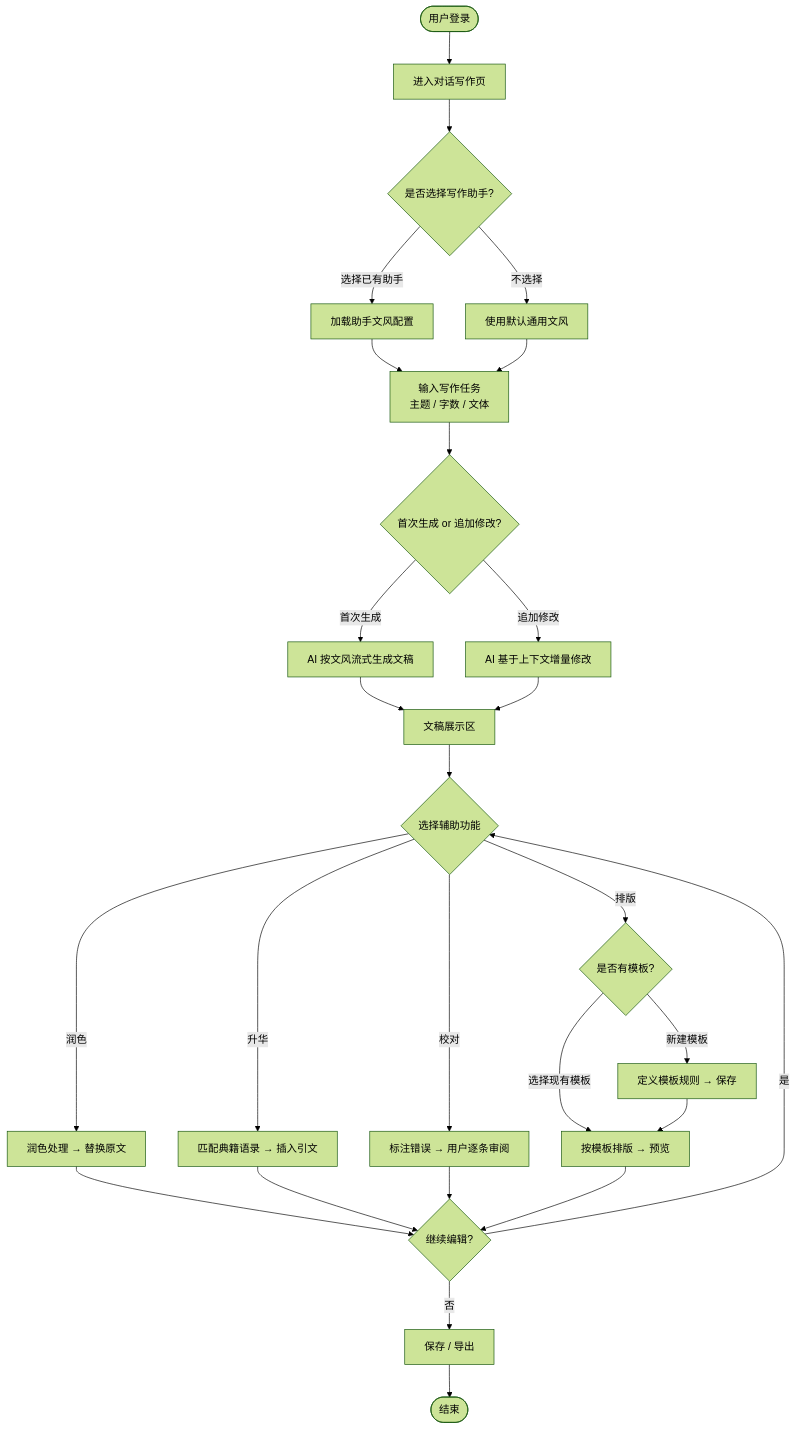
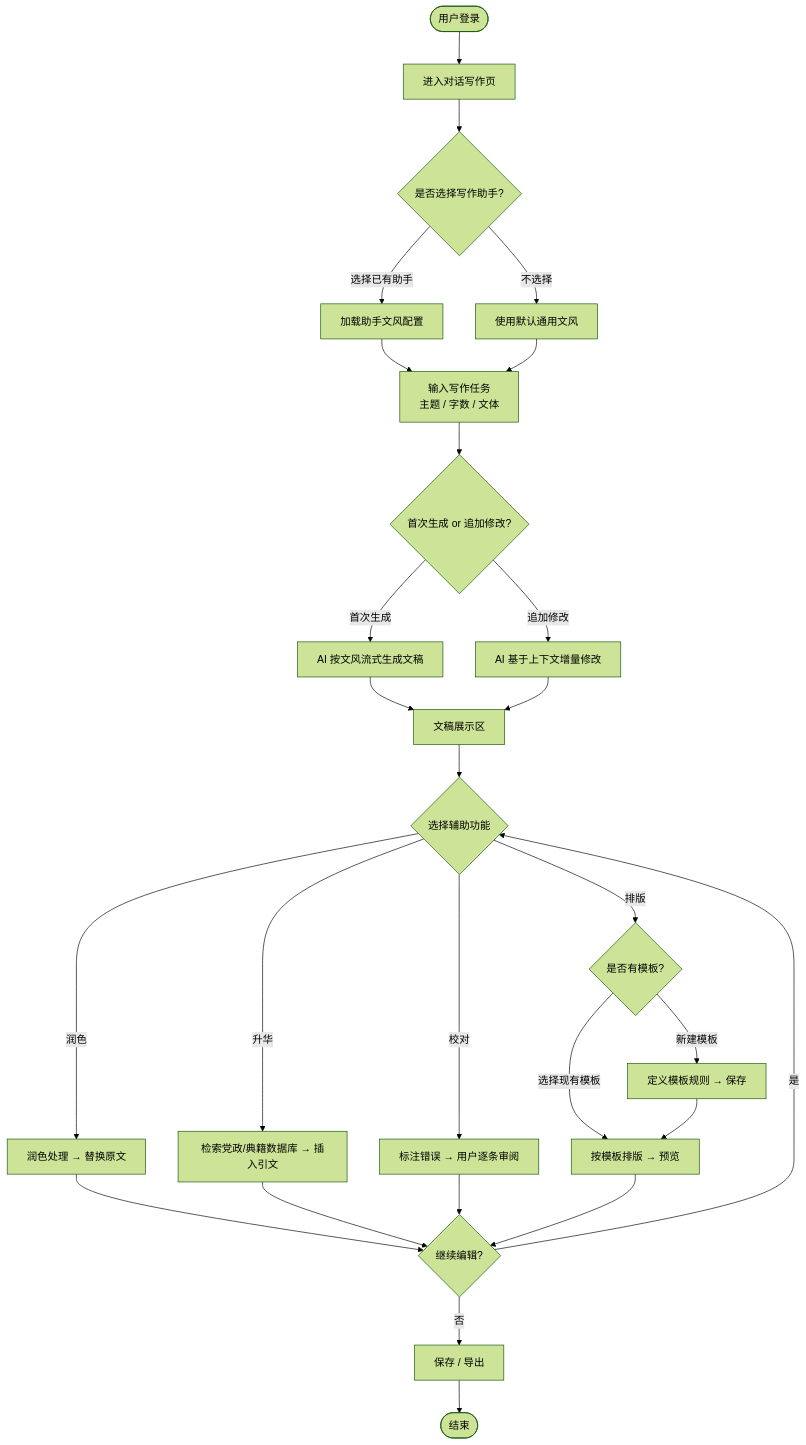
One commit to wfpepsi/black_tea changed the first of 4 diagrams in PRD.md. Above: the diagram before and after it, drawn with Mermaid (forest theme). The commit also changed other lines of this file, not shown here.

````diff
--- a/PRD.md
+++ b/PRD.md
@@ -90,24 +103,24 @@
 ```mermaid
 flowchart TD
     A([用户登录]) --> B[进入对话写作页]
     B --> C{是否选择写作助手?}
     C -- 选择已有助手 --> D[加载助手文风配置]
     C -- 不选择 --> E[使用默认通用文风]
     D & E --> F[输入写作任务\n主题 / 字数 / 文体]
     F --> G{首次生成 or 追加修改?}
     G -- 首次生成 --> H[AI 按文风流式生成文稿]
     G -- 追加修改 --> I[AI 基于上下文增量修改]
     H --> J[文稿展示区]
     I --> J
     J --> K{选择辅助功能}
     K -- 润色 --> L[润色处理 → 替换原文]
-    K -- 升华 --> M[匹配典籍语录 → 插入引文]
+    K -- 升华 --> M[检索党政/典籍数据库 → 插入引文]
     K -- 校对 --> N[标注错误 → 用户逐条审阅]
     K -- 排版 --> O{是否有模板?}
     O -- 选择现有模板 --> P[按模板排版 → 预览]
     O -- 新建模板 --> Q[定义模板规则 → 保存] --> P
     L & M & N & P --> R{继续编辑?}
     R -- 是 --> K
     R -- 否 --> S[保存 / 导出]
     S --> T([结束])
 ```
````
